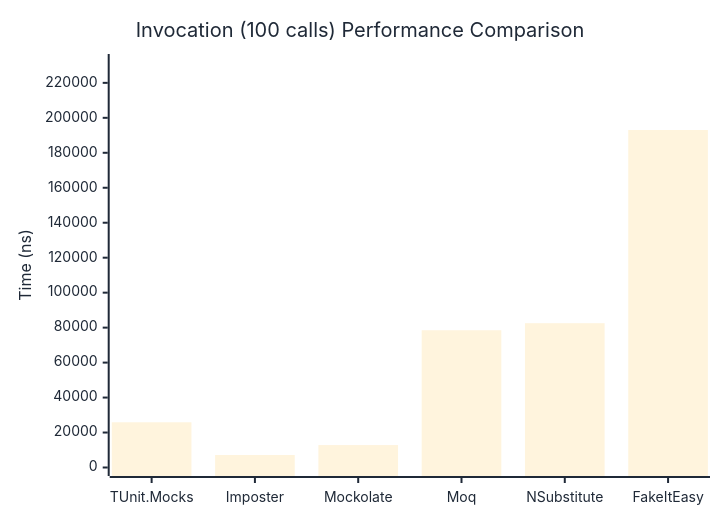
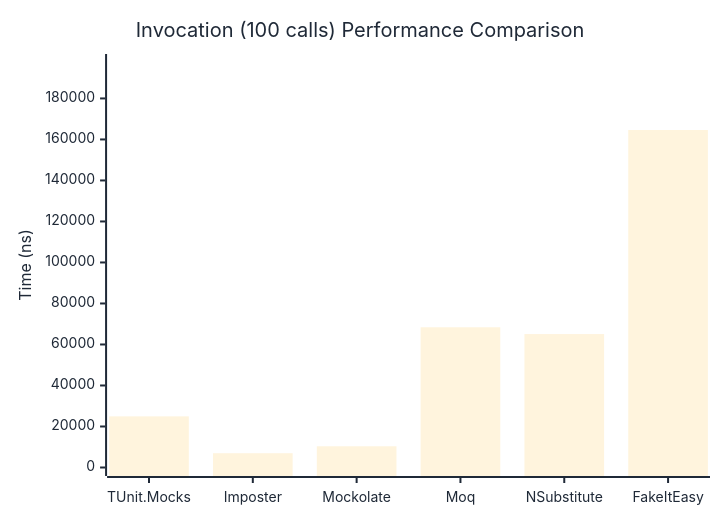
One commit to thomhurst/TUnit changed the third of 3 diagrams in docs/docs/benchmarks/mocks/Invocation.md. Above: the diagram before and after it, drawn with Mermaid. The commit also changed other lines of this file and 14 other files, not shown here.

````diff
--- a/docs/docs/benchmarks/mocks/Invocation.md
+++ b/docs/docs/benchmarks/mocks/Invocation.md
@@ -112,27 +112,27 @@
 ```mermaid
 %%{init: {
   'theme':'base',
   'themeVariables': {
     'primaryColor': '#2563eb',
     'primaryTextColor': '#1f2937',
     'primaryBorderColor': '#1e40af',
     'lineColor': '#6b7280',
     'secondaryColor': '#7c3aed',
     'tertiaryColor': '#dc2626',
     'background': '#ffffff',
     'pie1': '#2563eb',
     'pie2': '#7c3aed',
     'pie3': '#dc2626',
     'pie4': '#f59e0b',
     'pie5': '#10b981',
     'pie6': '#06b6d4',
     'pie7': '#ec4899',
     'pie8': '#6366f1'
   }
 }}%%
 xychart-beta
   title "Invocation (100 calls) Performance Comparison"
   x-axis ["TUnit.Mocks", "Imposter", "Mockolate", "Moq", "NSubstitute", "FakeItEasy"]
-  y-axis "Time (ns)" 0 --> 231642
-  bar [25860.66, 7145.11, 12829.6, 78507.94, 82545.9, 193034.17]
+  y-axis "Time (ns)" 0 --> 197526
+  bar [24935.19, 6970.4, 10356.81, 68383.75, 65068.4, 164604.71]
 ```
````
